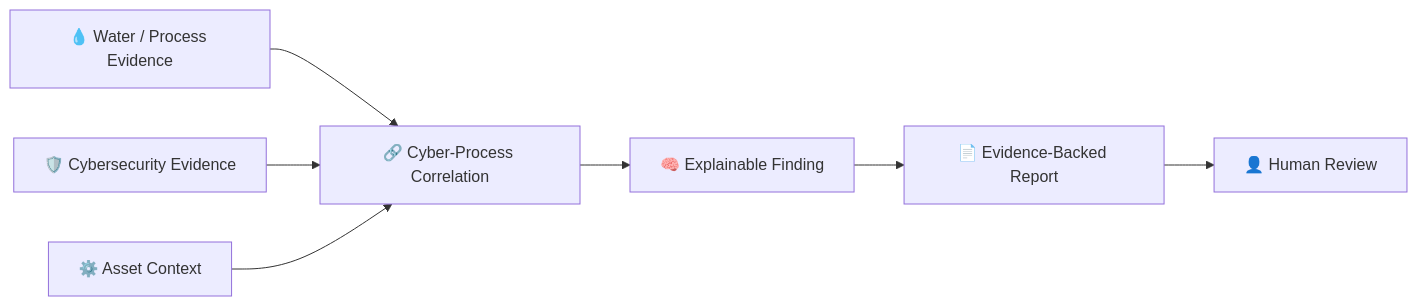
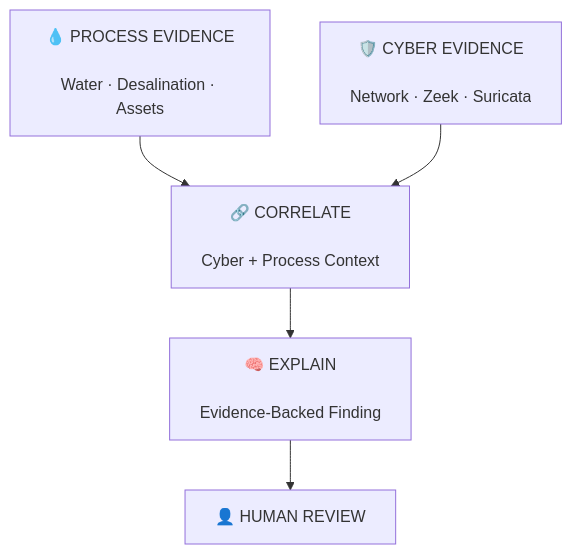
Before and after one commit to HaziqBinAfzal/AquaVigil: the first of 8 diagrams in README.md, drawn with Mermaid. The commit also changed other lines of this file, not shown here.

````diff
--- a/README.md
+++ b/README.md
@@ -89,14 +99,18 @@
 ```mermaid
-flowchart LR
-    WP["💧 Water / Process Evidence"]
-    CY["🛡️ Cybersecurity Evidence"]
-    AS["⚙️ Asset Context"]
+flowchart TB
 
-    WP --> COR["🔗 Cyber-Process Correlation"]
-    CY --> COR
-    AS --> COR
+    A["💧 PROCESS EVIDENCE<br/><br/>Water · Desalination · Assets"]
 
-    COR --> FIND["🧠 Explainable Finding"]
-    FIND --> REP["📄 Evidence-Backed Report"]
-    REP --> HUMAN["👤 Human Review"]
+    B["🛡️ CYBER EVIDENCE<br/><br/>Network · Zeek · Suricata"]
+
+    C["🔗 CORRELATE<br/><br/>Cyber + Process Context"]
+
+    D["🧠 EXPLAIN<br/><br/>Evidence-Backed Finding"]
+
+    E["👤 HUMAN REVIEW"]
+
+    A --> C
+    B --> C
+    C --> D
+    D --> E
 ```
````
